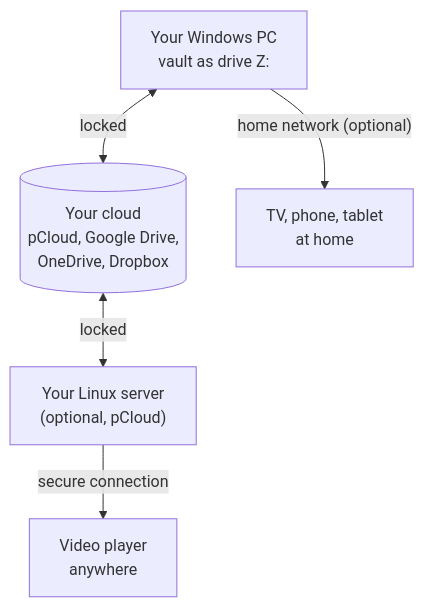
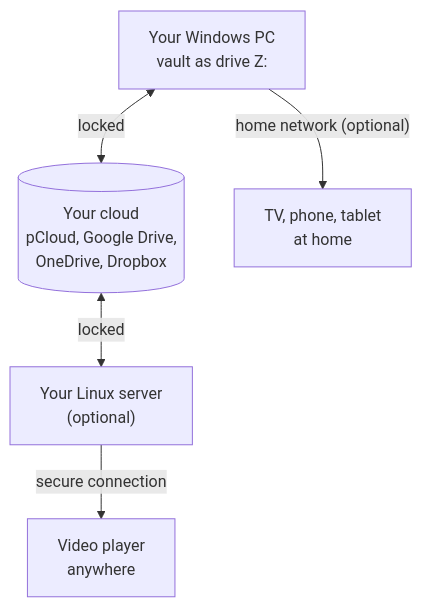
Before and after one commit to burnersen/CryptBridge: the diagram in README.md, drawn with Mermaid. The commit also changed other lines of this file and 10 other files, not shown here.

First line of the commit message:
Bring vaults of every cloud to the Linux server (0.8.0)

````diff
--- a/README.md
+++ b/README.md
@@ -50,7 +50,7 @@
 ```mermaid
 flowchart TB
     PC["Your Windows PC<br/>vault as drive Z:"] <-->|locked| Cloud[("Your cloud<br/>pCloud, Google Drive,<br/>OneDrive, Dropbox")]
-    Cloud <-->|locked| Server["Your Linux server<br/>(optional, pCloud)"]
+    Cloud <-->|locked| Server["Your Linux server<br/>(optional)"]
     Server -->|secure connection| Player["Video player<br/>anywhere"]
     PC -->|"home network (optional)"| TV["TV, phone, tablet<br/>at home"]
 ```
````
